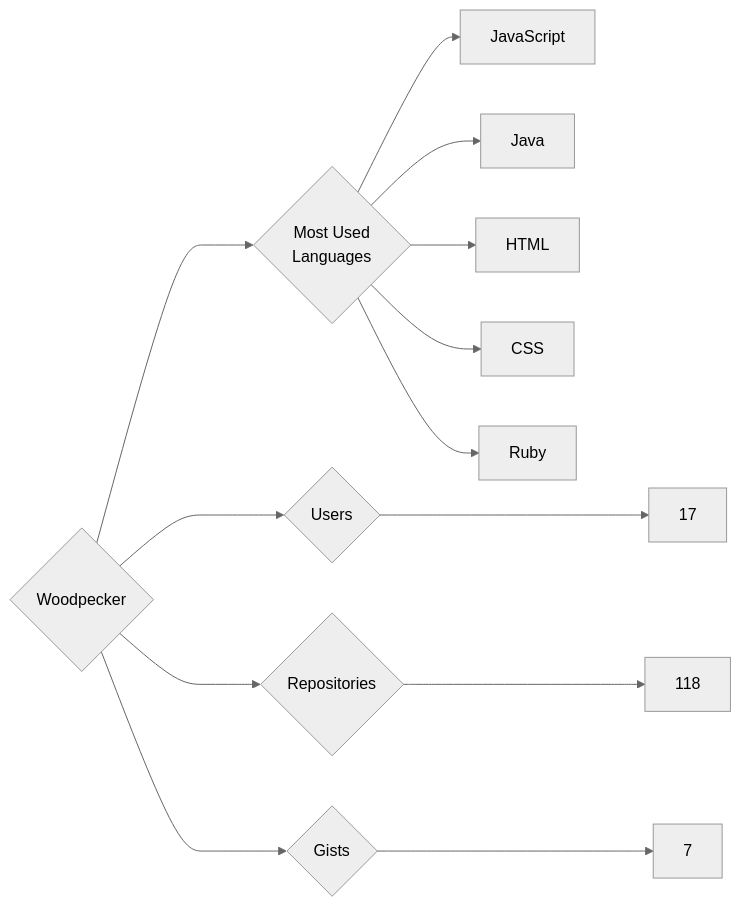
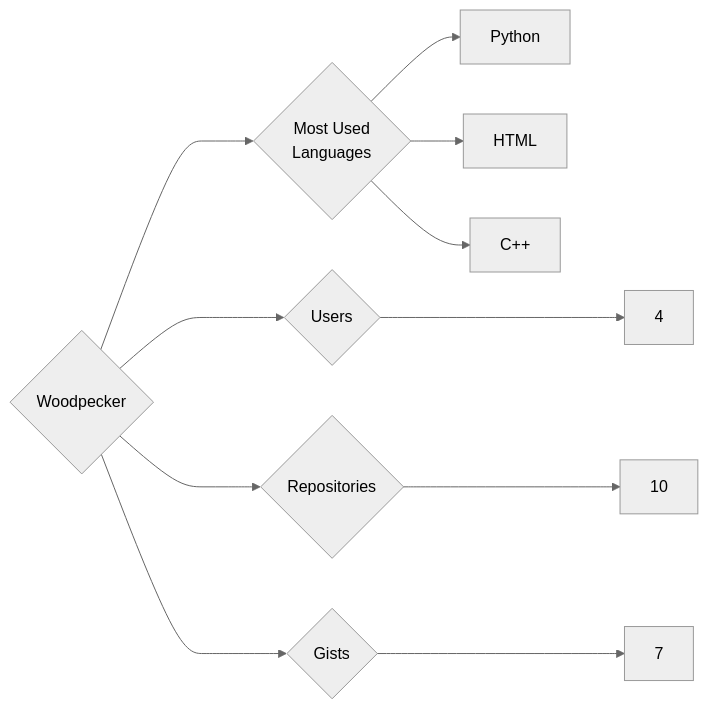
The diagram in targets/Woodpecker/README.md (trickest/insiders), drawn with Mermaid (neutral theme) before and after one commit. The commit also changed 839 other files, not shown here.

````diff
--- a/targets/Woodpecker/README.md
+++ b/targets/Woodpecker/README.md
@@ -3,13 +3,11 @@
 ```mermaid
 graph LR
 COMPANY_NAME{Woodpecker}
-COMPANY_NAME ---> U{Users} ---> UN[17]
-COMPANY_NAME ---> R{Repositories} ---> RN[118]
+COMPANY_NAME ---> U{Users} ---> UN[4]
+COMPANY_NAME ---> R{Repositories} ---> RN[10]
 COMPANY_NAME ---> G{Gists} ---> GN[7]
 COMPANY_NAME ---> ML{Most Used<br>Languages}
-ML --> JavaScript[JavaScript]
-ML --> Java[Java]
+ML --> Python[Python]
 ML --> HTML[HTML]
-ML --> CSS[CSS]
-ML --> Ruby[Ruby]
+ML --> C++[C++]
 ```
````
